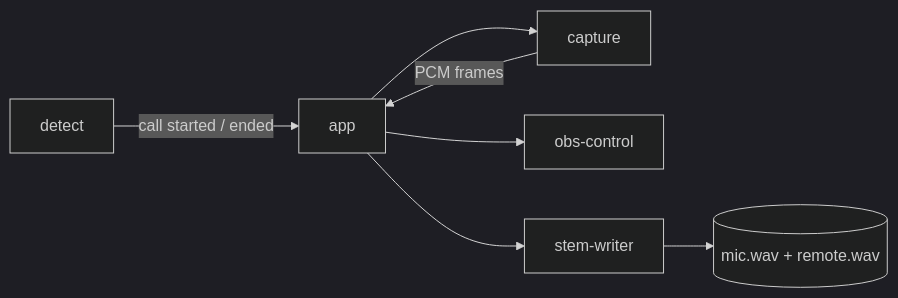
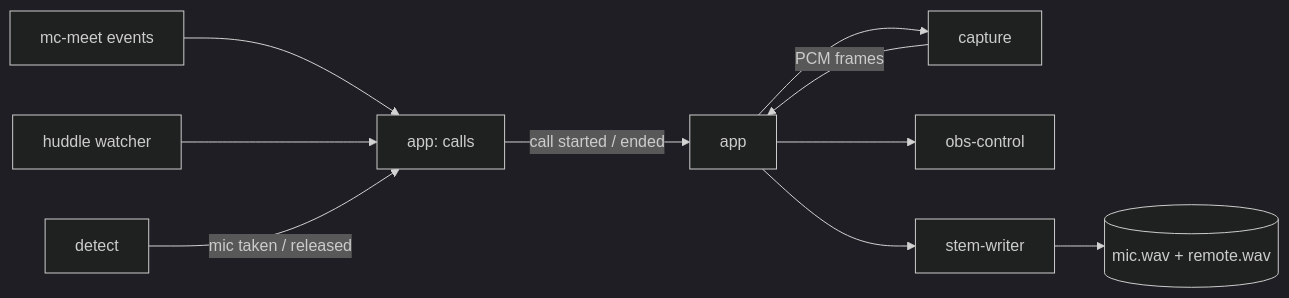
The sixth of 9 diagrams in docs/02-architecture.md (kujjwal02/meeting-capture), drawn with Mermaid (dark theme) before and after one commit. The commit also changed other lines of this file and 13 other files, not shown here.

Commit message:
Add the call stream: one call.started, call.resumed and call.ended per Meet call and Slack huddle

````diff
--- a/docs/02-architecture.md
+++ b/docs/02-architecture.md
@@ -126,9 +126,12 @@
 ```mermaid
 flowchart LR
-    DET["detect"] -->|call started / ended| APP["app"]
+    MEET["mc-meet events"] --> CALLS["app: calls"]
+    HUD["huddle watcher"] --> CALLS
+    DET["detect"] -->|mic taken / released| CALLS
+    CALLS -->|call started / ended| APP["app"]
     APP --> CAP["capture"]
     APP --> OBS["obs-control"]
     CAP -->|PCM frames| APP
     APP --> STEM["stem-writer"]
     STEM --> MEDIA[("mic.wav + remote.wav")]
 ```
````
